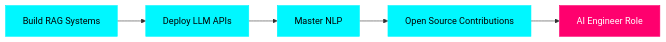
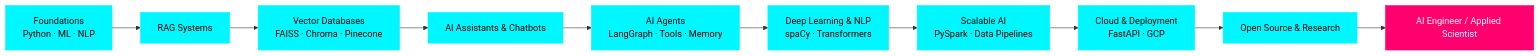
Before and after one commit to AbhiGupta1310/AbhiGupta1310: the diagram in README.md, drawn with Mermaid. The commit also changed other lines of this file, not shown here.

````diff
--- a/README.md
+++ b/README.md
@@ -191,13 +195,24 @@
 ```mermaid
 graph LR
-    A[Build RAG Systems] --> B[Deploy LLM APIs]
-    B --> C[Master NLP]
-    C --> D[Open Source Contributions]
-    D --> E[AI Engineer Role]
+    A[Foundations<br/>Python · ML · NLP] --> B[RAG Systems]
+    B --> C[Vector Databases<br/>FAISS · Chroma · Pinecone]
+    C --> D[AI Assistants & Chatbots]
+    D --> E[AI Agents<br/>LangGraph · Tools · Memory]
+    E --> F[Deep Learning & NLP<br/>spaCy · Transformers]
+    F --> G[Scalable AI<br/>PySpark · Data Pipelines]
+    G --> H[Cloud & Deployment<br/>FastAPI · GCP]
+    H --> I[Open Source & Research]
+    I --> J[AI Engineer / Applied Scientist]
 
     style A fill:#00f7ff,stroke:#00f7ff,color:#000
     style B fill:#00f7ff,stroke:#00f7ff,color:#000
     style C fill:#00f7ff,stroke:#00f7ff,color:#000
     style D fill:#00f7ff,stroke:#00f7ff,color:#000
-    style E fill:#ff006e,stroke:#ff006e,color:#fff
+    style E fill:#00f7ff,stroke:#00f7ff,color:#000
+    style F fill:#00f7ff,stroke:#00f7ff,color:#000
+    style G fill:#00f7ff,stroke:#00f7ff,color:#000
+    style H fill:#00f7ff,stroke:#00f7ff,color:#000
+    style I fill:#00f7ff,stroke:#00f7ff,color:#000
+    style J fill:#ff006e,stroke:#ff006e,color:#fff
+
 ```
````
